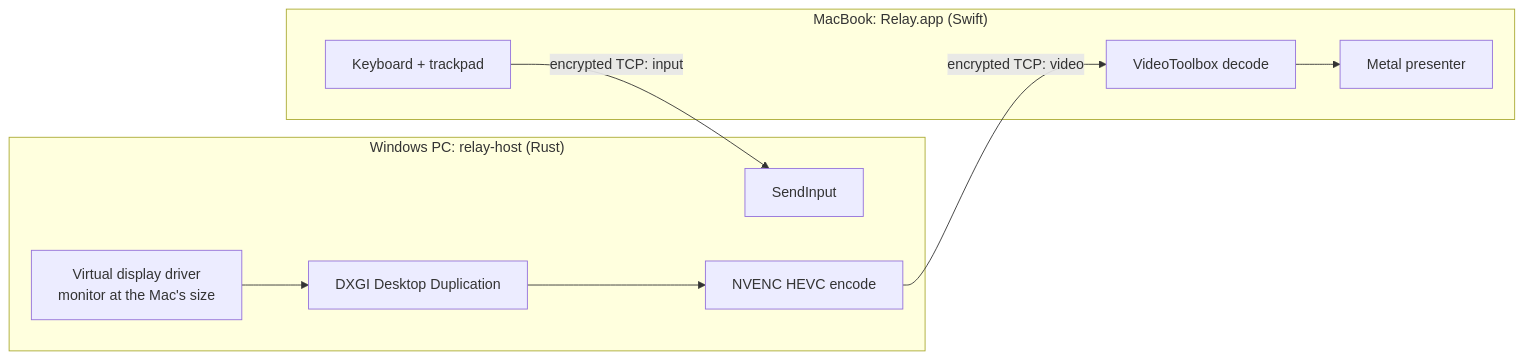
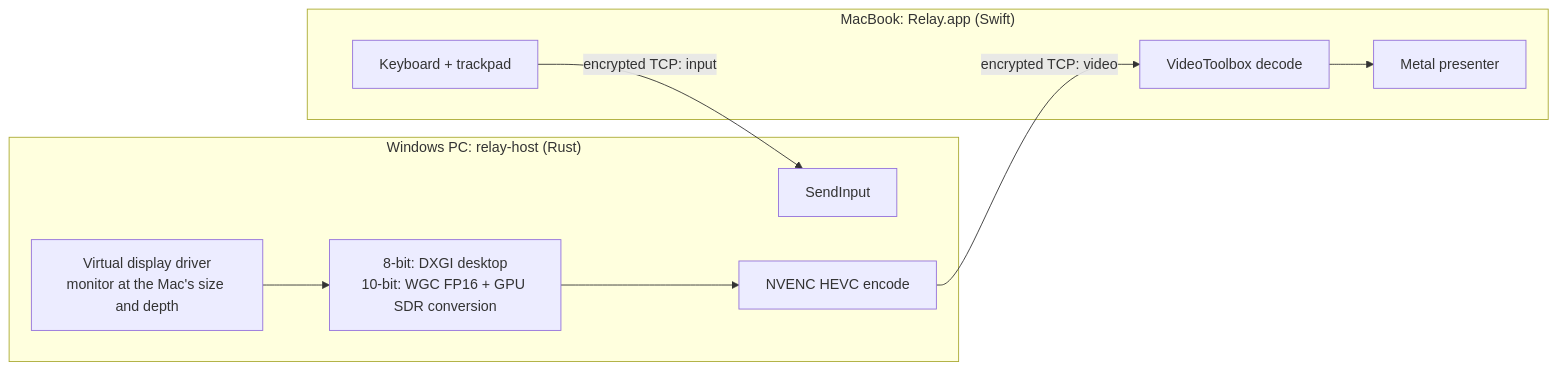
One commit to theamanali/relay changed the diagram in README.md. Above: the diagram before and after it, drawn with Mermaid. The commit also changed other lines of this file and 3 other files, not shown here.

````diff
--- a/README.md
+++ b/README.md
@@ -50,14 +50,14 @@
 ```mermaid
 flowchart LR
   subgraph PC["Windows PC: relay-host (Rust)"]
-    VDD["Virtual display driver<br/>monitor at the Mac's size"] --> DDA["DXGI Desktop Duplication"]
+    VDD["Virtual display driver<br/>monitor at the Mac's size and depth"] --> DDA["8-bit: DXGI desktop<br/>10-bit: WGC FP16 + GPU SDR conversion"]
     DDA --> ENC["NVENC HEVC encode"]
     IN["SendInput"]
   end
   subgraph MAC["MacBook: Relay.app (Swift)"]
     DEC["VideoToolbox decode"] --> MTL["Metal presenter"]
     KB["Keyboard + trackpad"]
   end
   ENC -- "encrypted TCP: video" --> DEC
   KB -- "encrypted TCP: input" --> IN
 ```
````
